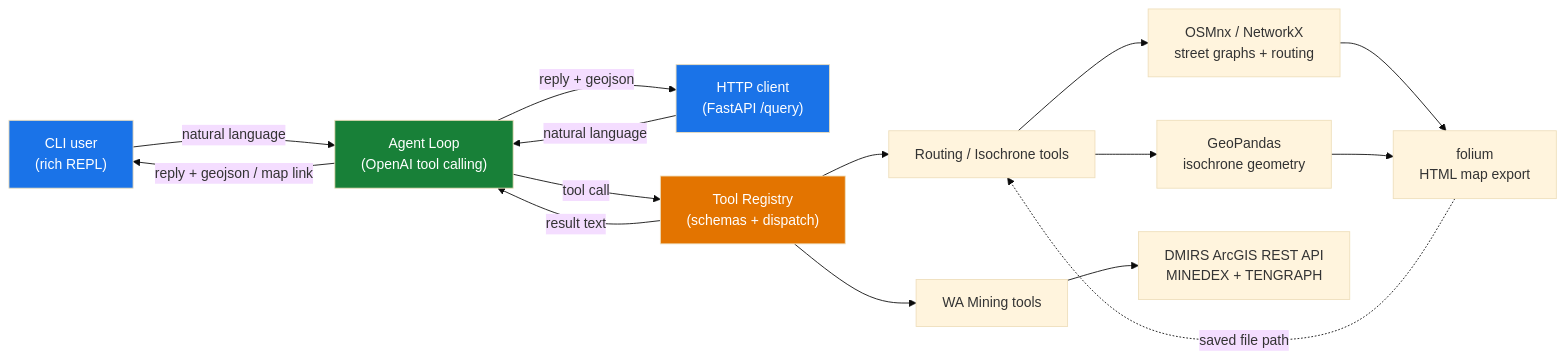
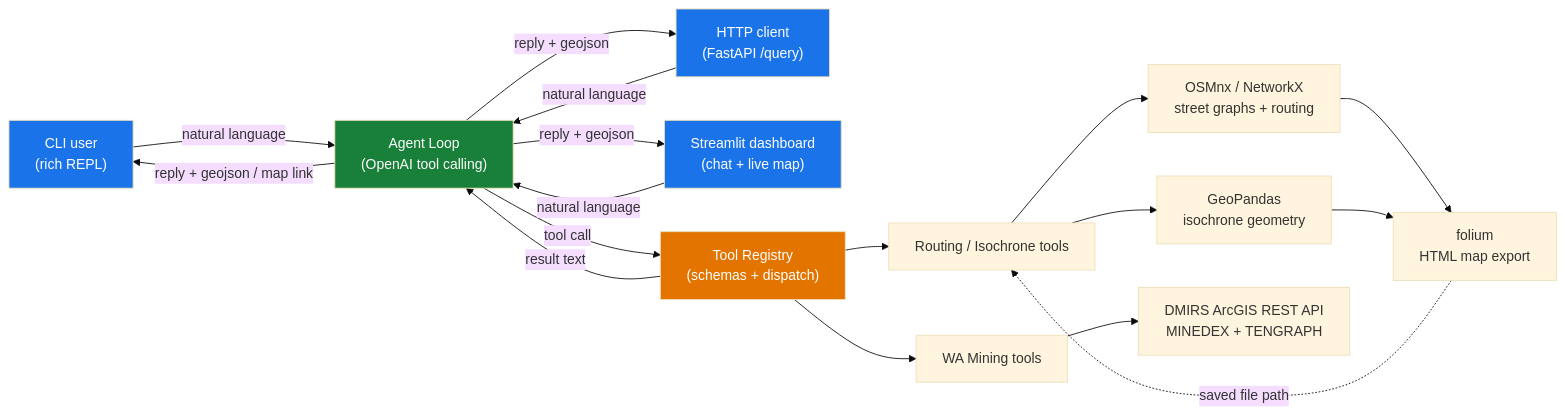
The diagram in README.md (atharvadalvii/wa-mining-agent), drawn with Mermaid (base theme) before and after one commit. The commit also changed other lines of this file and 3 other files, not shown here.

Commit message:
Add Streamlit dashboard: chat sidebar + live map (Step 4)

````diff
--- a/README.md
+++ b/README.md
@@ -45,26 +45,29 @@
 ```mermaid
 flowchart LR
     U1["CLI user<br/>(rich REPL)"] -->|natural language| L["Agent Loop<br/>(OpenAI tool calling)"]
     U2["HTTP client<br/>(FastAPI /query)"] -->|natural language| L
+    U3["Streamlit dashboard<br/>(chat + live map)"] -->|natural language| L
     L -->|reply + geojson / map link| U1
     L -->|reply + geojson| U2
+    L -->|reply + geojson| U3
 
     L -->|tool call| REG["Tool Registry<br/>(schemas + dispatch)"]
     REG -->|result text| L
 
     REG --> RT["Routing / Isochrone tools"]
     REG --> MT["WA Mining tools"]
 
     RT --> OSM["OSMnx / NetworkX<br/>street graphs + routing"]
     RT --> GPD["GeoPandas<br/>isochrone geometry"]
     OSM --> MAP["folium<br/>HTML map export"]
     GPD --> MAP
     MAP -.->|saved file path| RT
 
     MT --> DMIRS["DMIRS ArcGIS REST API<br/>MINEDEX + TENGRAPH"]
 
     style U1 fill:#1a73e8,color:#fff
     style U2 fill:#1a73e8,color:#fff
+    style U3 fill:#1a73e8,color:#fff
     style L fill:#188038,color:#fff
     style REG fill:#e37400,color:#fff
 ```
````
